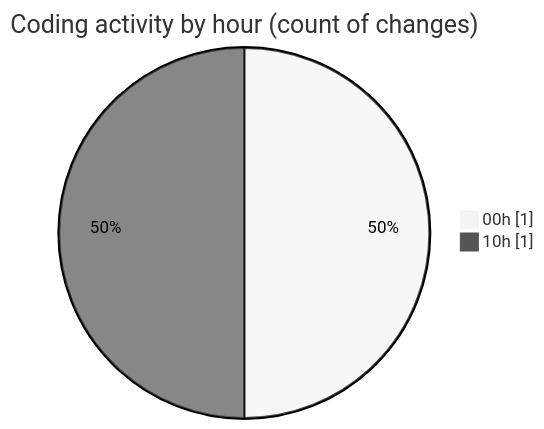
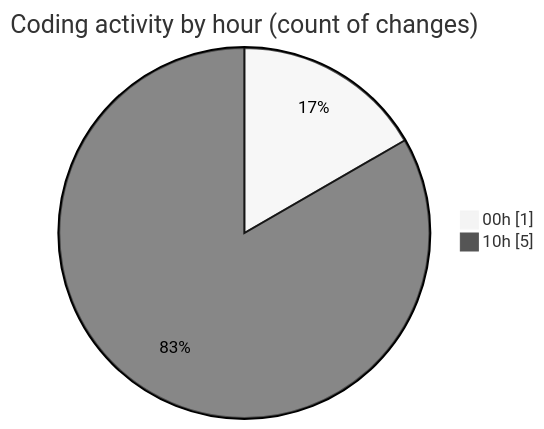
Before and after one commit to Ritupan-Deka/code-tracking: the second of 2 diagrams in 2025-07-08/urlwebwala_intership_work/README.md, drawn with Mermaid (neutral theme). The commit also changed other lines of this file and 1 other file, not shown here.

````diff
--- a/2025-07-08/urlwebwala_intership_work/README.md
+++ b/2025-07-08/urlwebwala_intership_work/README.md
@@ -30,6 +30,6 @@
 ```mermaid
 pie showData
 title Coding activity by hour (count of changes)
 "00h" : 1
-"10h" : 1
+"10h" : 5
 ```
````
